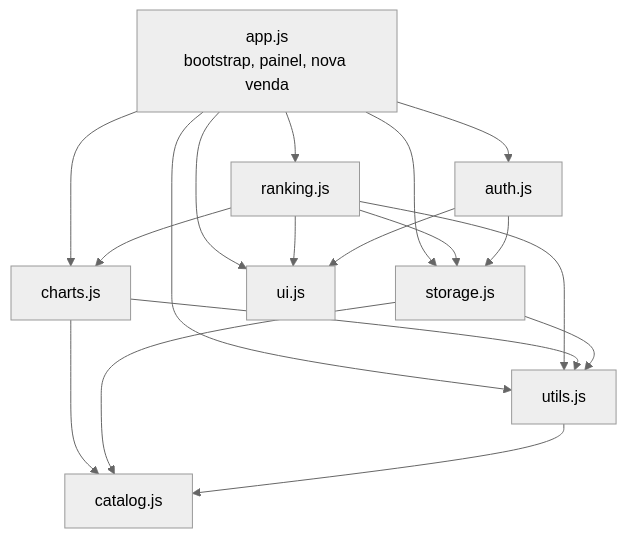
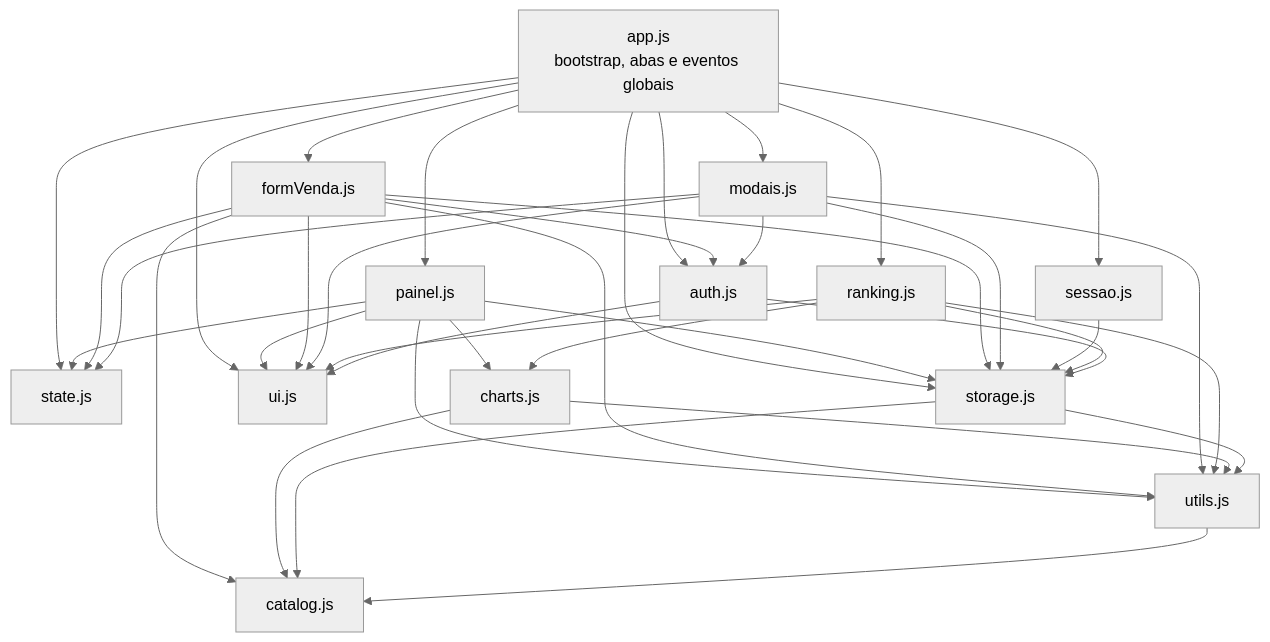
Before and after one commit to JohnathaDev/ranking-vendas: the diagram in docs/CONTEXTO.md, drawn with Mermaid (neutral theme). The commit also changed other lines of this file and 1 other file, not shown here.

Commit message:
Atualiza estrutura de diretórios e módulos no README e CONTEXTO (6b)

````diff
--- a/docs/CONTEXTO.md
+++ b/docs/CONTEXTO.md
@@ -16,20 +16,40 @@
 ```mermaid
 graph TD
-  app[app.js<br/>bootstrap, painel, nova venda] --> auth[auth.js]
+  app[app.js<br/>bootstrap, abas e eventos globais] --> auth[auth.js]
   app --> ranking[ranking.js]
-  app --> charts[charts.js]
+  app --> painel[painel.js]
+  app --> formVenda[formVenda.js]
+  app --> modais[modais.js]
+  app --> sessao[sessao.js]
+  app --> state[state.js]
   app --> storage[storage.js]
   app --> ui[ui.js]
-  app --> utils[utils.js]
+  painel --> state
+  painel --> storage
+  painel --> utils[utils.js]
+  painel --> ui
+  painel --> charts[charts.js]
+  formVenda --> state
+  formVenda --> catalog[catalog.js]
+  formVenda --> utils
+  formVenda --> storage
+  formVenda --> ui
+  formVenda --> auth
+  modais --> state
+  modais --> utils
+  modais --> storage
+  modais --> ui
+  modais --> auth
+  sessao --> storage
   ranking --> charts
   ranking --> storage
   ranking --> utils
   ranking --> ui
   auth --> storage
   auth --> ui
   charts --> utils
-  charts --> catalog[catalog.js]
+  charts --> catalog
   storage --> utils
   storage --> catalog
   utils --> catalog
 ```
````
